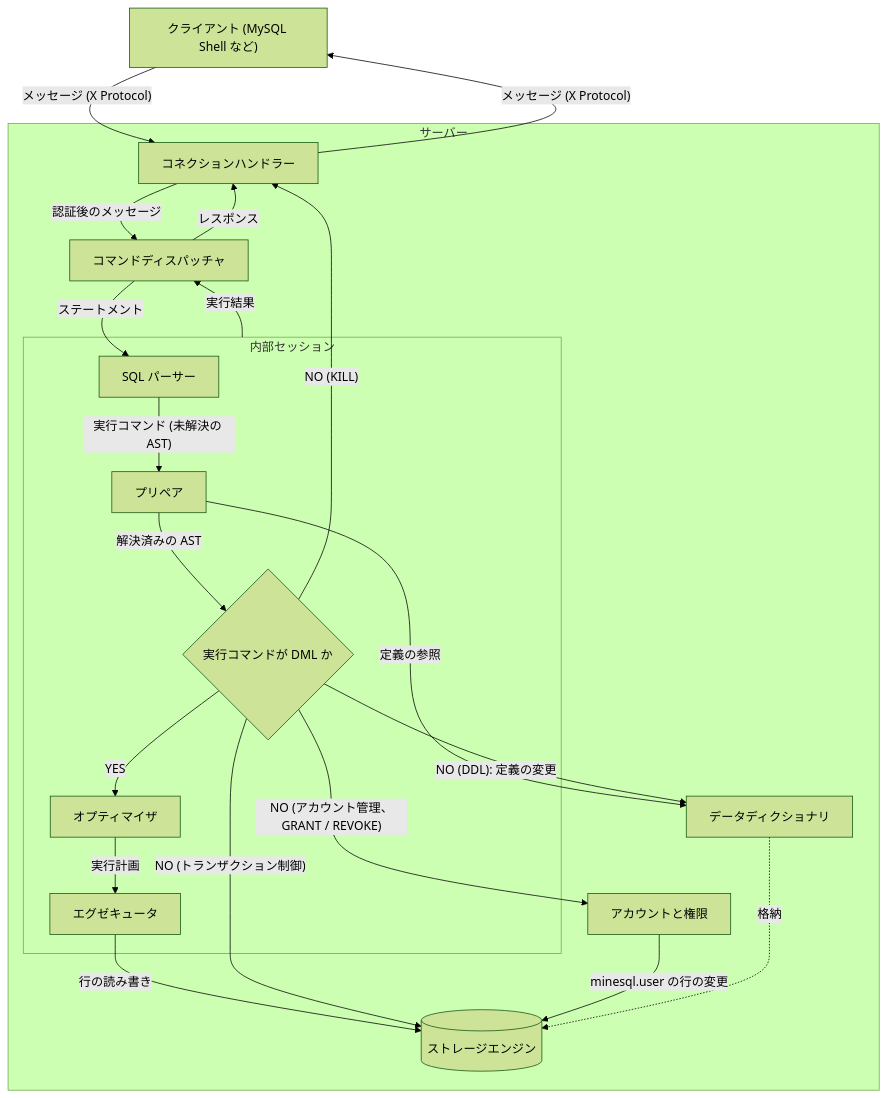
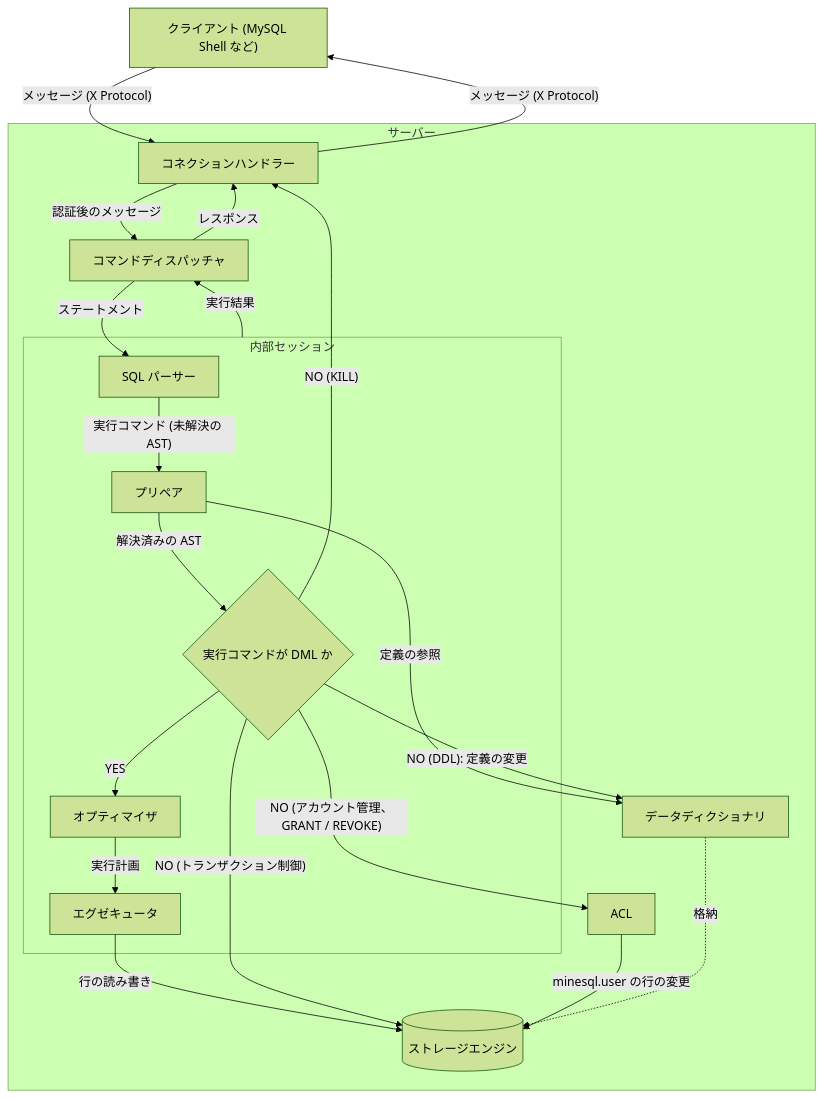
The diagram in docs/specification/README.md (ren-yamanashi/minesql), drawn with Mermaid (forest theme) before and after one commit. The commit also changed other lines of this file and 1 other file, not shown here.

````diff
--- a/docs/specification/README.md
+++ b/docs/specification/README.md
@@ -7,40 +7,40 @@
 ```mermaid
 flowchart TB
     client["クライアント (MySQL Shell など)"]
 
     subgraph server["サーバー"]
         conn["コネクションハンドラー"]
         dispatcher["コマンドディスパッチャ"]
 
         subgraph session["内部セッション"]
             parser["SQL パーサー"]
             prepare["プリペア"]
             exec{"実行コマンドが DML か"}
             optimizer["オプティマイザ"]
             executor["エグゼキュータ"]
         end
 
         dict["データディクショナリ"]
-        account["アカウントと権限"]
+        acl["ACL"]
         engine[("ストレージエンジン")]
     end
 
     client -->|"メッセージ (X Protocol)"| conn
     conn -->|"認証後のメッセージ"| dispatcher
     dispatcher -->|"ステートメント"| parser
     parser -->|"実行コマンド (未解決の AST)"| prepare
     prepare -->|"定義の参照"| dict
     prepare -->|"解決済みの AST"| exec
     exec -- "YES" --> optimizer
     optimizer -->|"実行計画"| executor
     executor -->|"行の読み書き"| engine
     exec -- "NO (DDL): 定義の変更" --> dict
     exec -- "NO (トランザクション制御)" --> engine
     exec -- "NO (KILL)" --> conn
-    exec -- "NO (アカウント管理、GRANT / REVOKE)" --> account
-    account -->|"minesql.user の行の変更"| engine
+    exec -- "NO (アカウント管理、GRANT / REVOKE)" --> acl
+    acl -->|"minesql.user の行の変更"| engine
     session -->|"実行結果"| dispatcher
     dispatcher -->|"レスポンス"| conn
     conn -->|"メッセージ (X Protocol)"| client
     dict -.->|"格納"| engine
 ```
````
